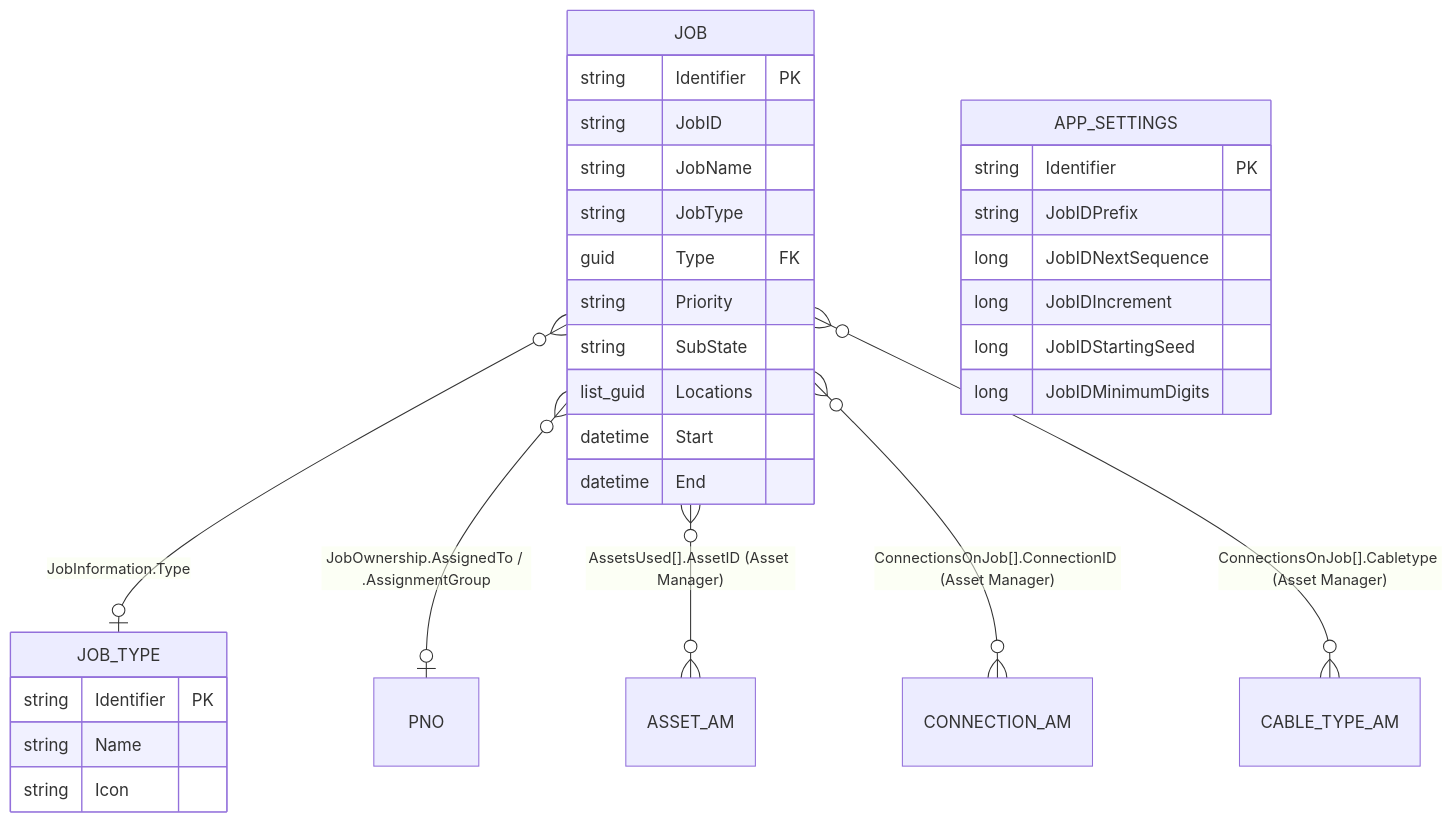
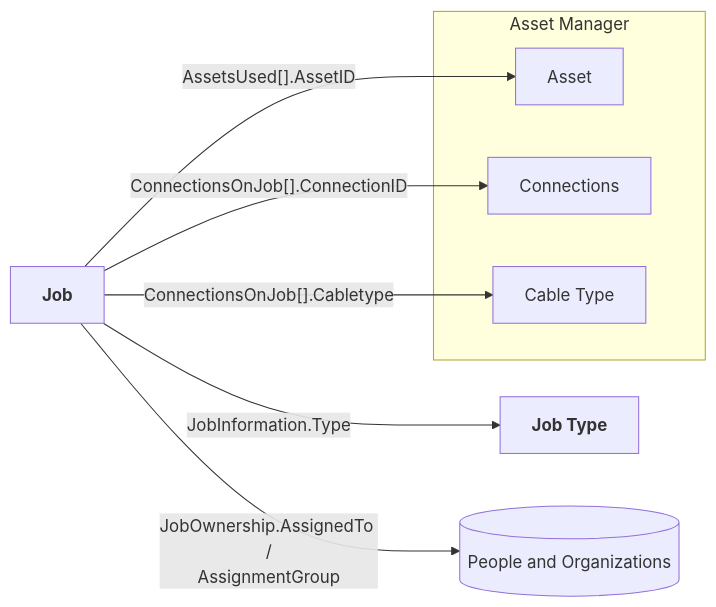
The seventh of 13 diagrams in docs/canon/CAN-001-dom-structure.md (SkylineCommunications/SLC-SDM-InfraOps), drawn with Mermaid before and after one commit. The commit also changed other lines of this file, not shown here.

````diff
--- a/docs/canon/CAN-001-dom-structure.md
+++ b/docs/canon/CAN-001-dom-structure.md
@@ -882,33 +803,17 @@
 ```mermaid
-erDiagram
-    JOB }o--o| JOB_TYPE : "JobInformation.Type"
-    JOB }o--o| PNO : "JobOwnership.AssignedTo / .AssignmentGroup"
-    JOB }o--o{ ASSET_AM : "AssetsUsed[].AssetID (Asset Manager)"
-    JOB }o--o{ CONNECTION_AM : "ConnectionsOnJob[].ConnectionID (Asset Manager)"
-    JOB }o--o{ CABLE_TYPE_AM : "ConnectionsOnJob[].Cabletype (Asset Manager)"
-    JOB {
-        string Identifier PK
-        string JobID
-        string JobName
-        string JobType
-        guid Type FK
-        string Priority
-        string SubState
-        list_guid Locations
-        datetime Start
-        datetime End
-    }
-    JOB_TYPE {
-        string Identifier PK
-        string Name
-        string Icon
-    }
-    APP_SETTINGS {
-        string Identifier PK
-        string JobIDPrefix
-        long JobIDNextSequence
-        long JobIDIncrement
-        long JobIDStartingSeed
-        long JobIDMinimumDigits
-    }
+flowchart LR
+    Job["<b>Job</b>"]
+    JobType["<b>Job Type</b>"]
+    PNO[("People and Organizations")]
+    subgraph AM["Asset Manager"]
+        Asset
+        Connections
+        CableType["Cable Type"]
+    end
+
+    Job -- "JobInformation.Type" --> JobType
+    Job -- "JobOwnership.AssignedTo /<br/>AssignmentGroup" --> PNO
+    Job -- "AssetsUsed[].AssetID" --> Asset
+    Job -- "ConnectionsOnJob[].ConnectionID" --> Connections
+    Job -- "ConnectionsOnJob[].Cabletype" --> CableType
 ```
````
